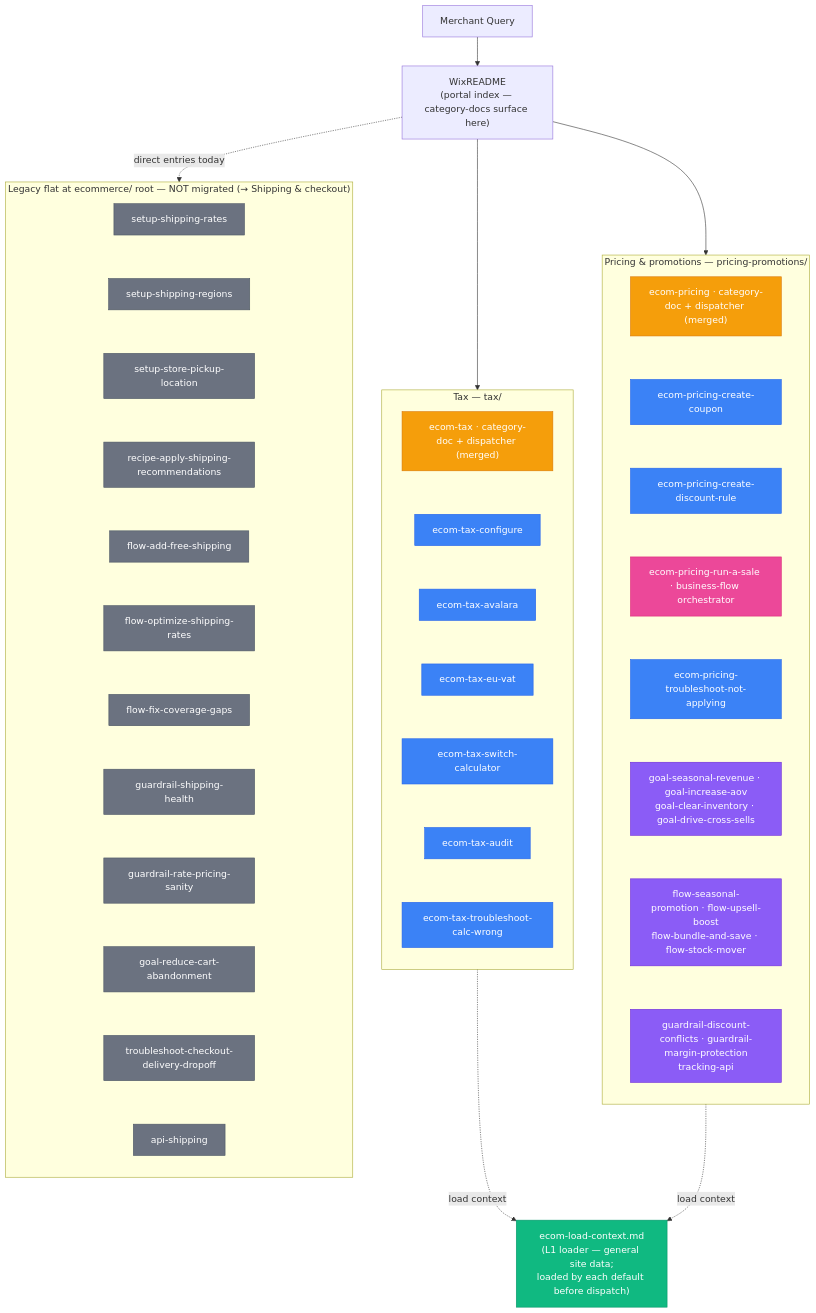
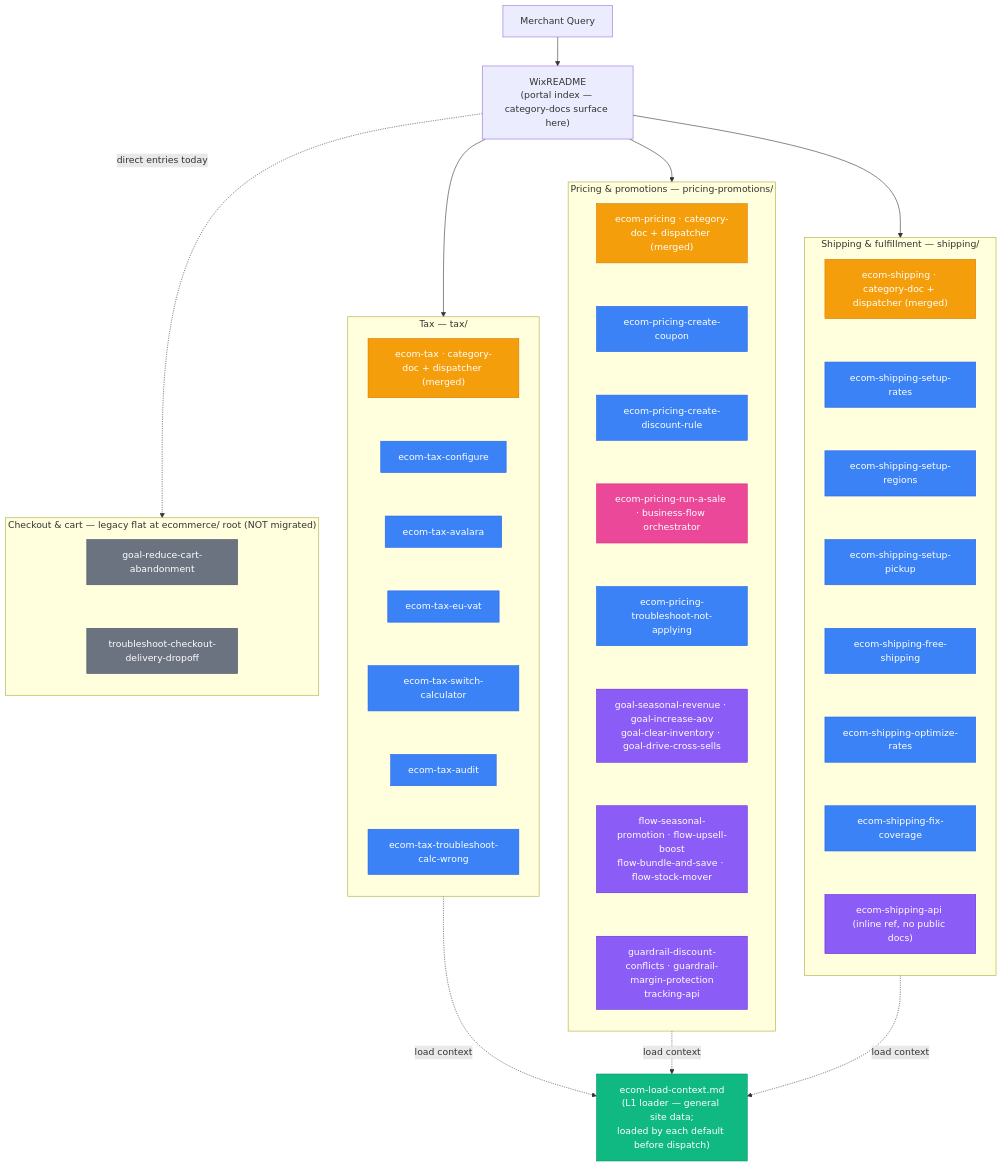
Before and after one commit to wix/skills: the diagram in skills/wix-manage/references/ecommerce/skill-graph.md, drawn with Mermaid. The commit also changed other lines of this file and 15 other files, not shown here.

First line of the commit message:
refactor(wix-manage): migrate Shipping & fulfillment into the routing tree

````diff
--- a/skills/wix-manage/references/ecommerce/skill-graph.md
+++ b/skills/wix-manage/references/ecommerce/skill-graph.md
@@ -8,71 +8,77 @@
 ```mermaid
 flowchart TB
     MR["Merchant Query"] --> README["WixREADME<br/>(portal index — category-docs surface here)"]
 
     README --> TAX
     README --> PRICE
+    README --> SHIP
 
     LOADER["ecom-load-context.md<br/>(L1 loader — general site data;<br/>loaded by each default before dispatch)"]
     TAX -.-> |load context| LOADER
     PRICE -.-> |load context| LOADER
+    SHIP -.-> |load context| LOADER
 
     %% ---------- Tax L3 ----------
     subgraph TAX["Tax — tax/"]
         direction TB
         TAXDEF["ecom-tax · category-doc + dispatcher (merged)"]
         TC["ecom-tax-configure"]
         TA["ecom-tax-avalara"]
         TV["ecom-tax-eu-vat"]
         TS["ecom-tax-switch-calculator"]
         TU["ecom-tax-audit"]
         TT["ecom-tax-troubleshoot-calc-wrong"]
         TAXDEF ~~~ TC ~~~ TA ~~~ TV ~~~ TS ~~~ TU ~~~ TT
     end
 
     %% ---------- Pricing & promotions L3 ----------
     subgraph PRICE["Pricing & promotions — pricing-promotions/"]
         direction TB
         PRICEDEF["ecom-pricing · category-doc + dispatcher (merged)"]
         PC["ecom-pricing-create-coupon"]
         PD["ecom-pricing-create-discount-rule"]
         PR["ecom-pricing-run-a-sale · business-flow orchestrator"]
         PB["ecom-pricing-troubleshoot-not-applying"]
         PG["goal-seasonal-revenue · goal-increase-aov<br/>goal-clear-inventory · goal-drive-cross-sells"]
         PF["flow-seasonal-promotion · flow-upsell-boost<br/>flow-bundle-and-save · flow-stock-mover"]
         PV["guardrail-discount-conflicts · guardrail-margin-protection<br/>tracking-api"]
         PRICEDEF ~~~ PC ~~~ PD ~~~ PR ~~~ PB ~~~ PG ~~~ PF ~~~ PV
     end
 
-    %% ---------- Legacy flat (not yet an L3) ----------
-    subgraph LEGACY["Legacy flat at ecommerce/ root — NOT migrated (→ Shipping & checkout)"]
+    %% ---------- Shipping & fulfillment L3 (migrated) ----------
+    subgraph SHIP["Shipping & fulfillment — shipping/"]
         direction TB
-        L1["setup-shipping-rates"]
-        L2["setup-shipping-regions"]
-        L3["setup-store-pickup-location"]
-        L4["recipe-apply-shipping-recommendations"]
-        L5["flow-add-free-shipping"]
-        L6["flow-optimize-shipping-rates"]
-        L7["flow-fix-coverage-gaps"]
-        L8["guardrail-shipping-health"]
-        L9["guardrail-rate-pricing-sanity"]
+        SHIPDEF["ecom-shipping · category-doc + dispatcher (merged)"]
+        SR["ecom-shipping-setup-rates"]
+        SG["ecom-shipping-setup-regions"]
+        SP["ecom-shipping-setup-pickup"]
+        SF["ecom-shipping-free-shipping"]
+        SO["ecom-shipping-optimize-rates"]
+        SX["ecom-shipping-fix-coverage"]
+        SS["ecom-shipping-api (inline ref, no public docs)"]
+        SHIPDEF ~~~ SR ~~~ SG ~~~ SP ~~~ SF ~~~ SO ~~~ SX ~~~ SS
+    end
+
+    %% ---------- Checkout & cart — legacy flat (not migrated) ----------
+    subgraph LEGACY["Checkout & cart — legacy flat at ecommerce/ root (NOT migrated)"]
+        direction TB
         L10["goal-reduce-cart-abandonment"]
         L11["troubleshoot-checkout-delivery-dropoff"]
-        L12["api-shipping"]
-        L1 ~~~ L2 ~~~ L3 ~~~ L4 ~~~ L5 ~~~ L6 ~~~ L7 ~~~ L8 ~~~ L9 ~~~ L10 ~~~ L11 ~~~ L12
+        L10 ~~~ L11
     end
     README -.-> |direct entries today| LEGACY
 
     classDef dispatcher fill:#f59e0b,stroke:#d97706,color:#fff
     classDef promotion fill:#3b82f6,stroke:#2563eb,color:#fff
     classDef orchestrator fill:#ec4899,stroke:#db2777,color:#fff
     classDef support fill:#8b5cf6,stroke:#6d28d9,color:#fff
     classDef loader fill:#10b981,stroke:#059669,color:#fff
     classDef legacy fill:#6b7280,stroke:#4b5563,color:#fff
 
-    class TAXDEF,PRICEDEF dispatcher
-    class TC,TA,TV,TS,TU,TT,PC,PD,PB promotion
+    class TAXDEF,PRICEDEF,SHIPDEF dispatcher
+    class TC,TA,TV,TS,TU,TT,PC,PD,PB,SR,SG,SP,SF,SO,SX promotion
     class PR orchestrator
-    class PG,PF,PV support
+    class PG,PF,PV,SS support
     class LOADER loader
-    class L1,L2,L3,L4,L5,L6,L7,L8,L9,L10,L11,L12 legacy
+    class L10,L11 legacy
 ```
````
